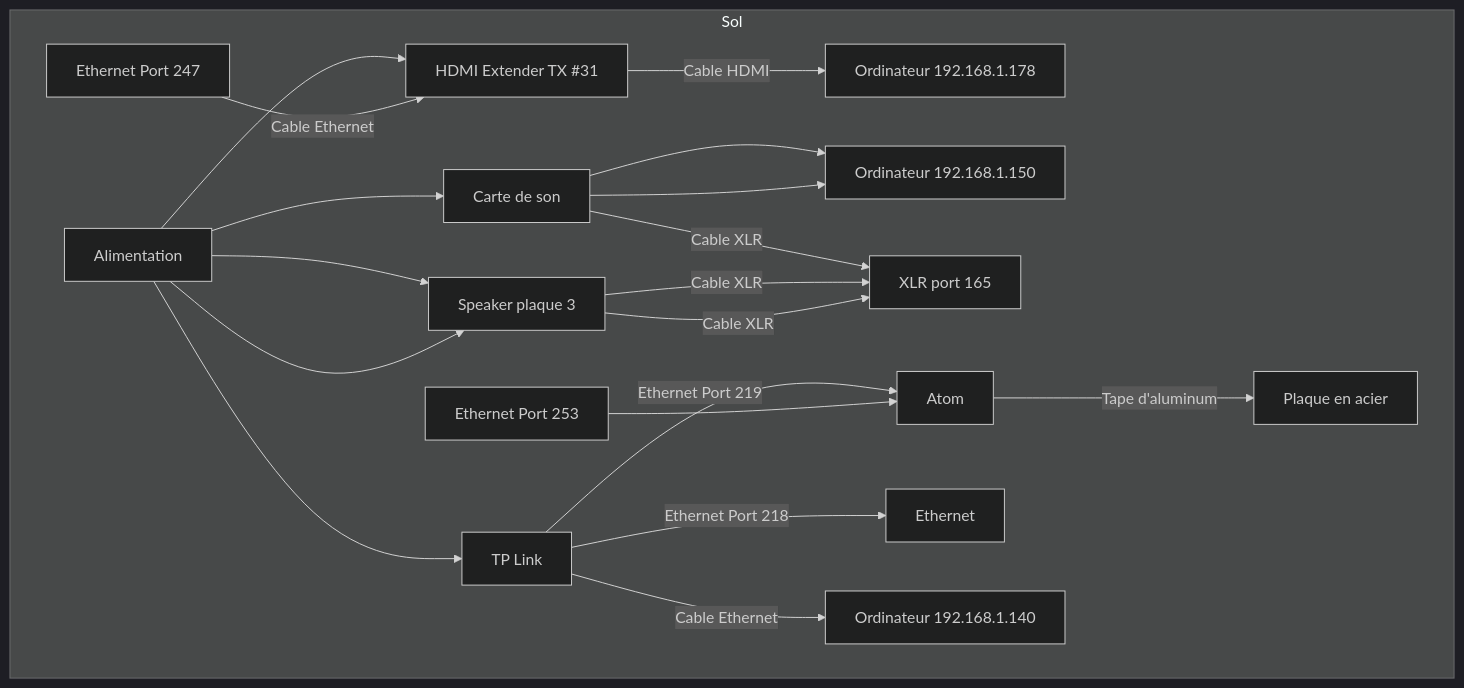
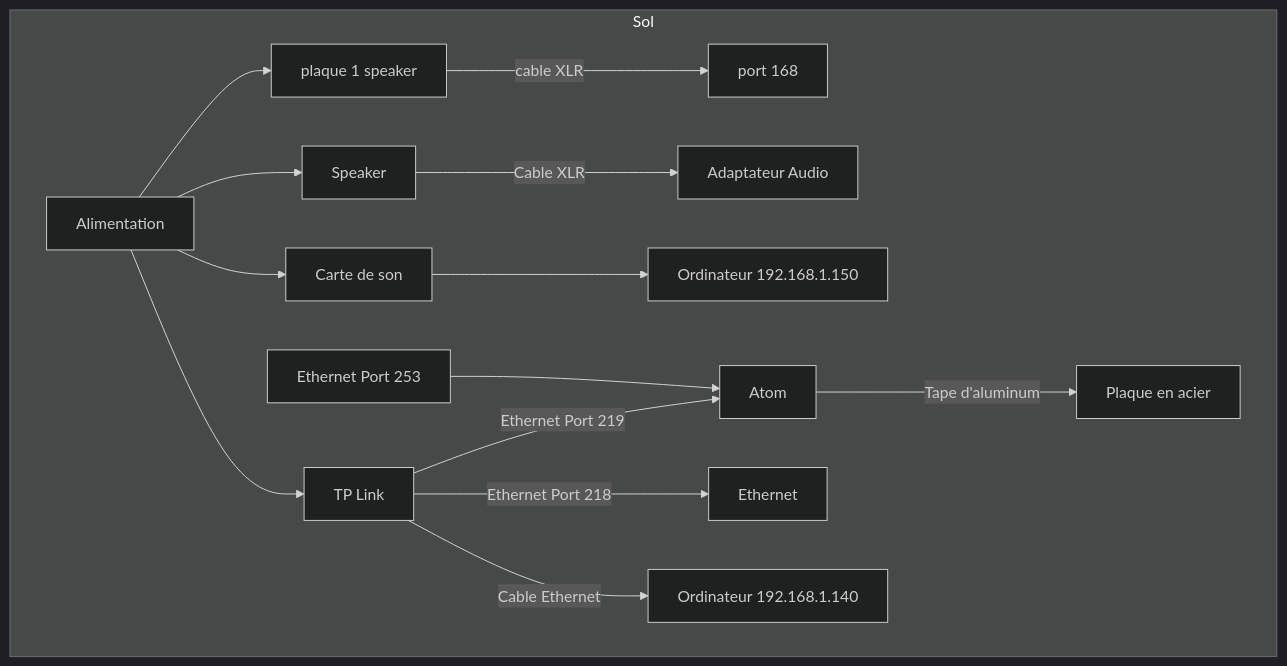
The fourth of 4 diagrams in 40_maquette/README.md (Miaou-Mafia/projet-luminatura), drawn with Mermaid (dark theme) before and after one commit. The commit also changed other lines of this file, not shown here.

````diff
--- a/40_maquette/README.md
+++ b/40_maquette/README.md
@@ -197,22 +196,17 @@
 ```mermaid
 flowchart TD
     subgraph Sol
         N[Alimentation] --> O
-        O[HDMI Extender TX #31] -->| Cable HDMI | P[Ordinateur 192.168.1.178]
-        T[Speaker plaque 1] --> U[XLR port 168]
-        Q[Ethernet Port 247] -->| Cable Ethernet | O
-        T[Speaker plaque 1]-->| Cable XLR | S[XLR port 168]
-        N --> R[Speaker plaque 2]
-        R -->| Cable XLR | S[XLR port 166]
-        N --> R[Speaker plaque 3]
-        R -->| Cable XLR | S[XLR port 165]
+        O[ plaque 1 speaker] -->| cable XLR | P[port 168]
+        N --> R[Speaker]
+        R -->| Cable XLR | S[Adaptateur Audio]
         N --> T
         T[Carte de son] --> U[Ordinateur 192.168.1.150]
         N --> V
         V[TP Link] --> | Ethernet Port 219 | Atom
         Atom --> | Tape d'aluminum | X[Plaque en acier]
         Y[ Ethernet Port 253] --> Atom
         V --> | Ethernet Port 218 | Ethernet
         V --> | Cable Ethernet | W[Ordinateur 192.168.1.140]
     end
 ```
````
